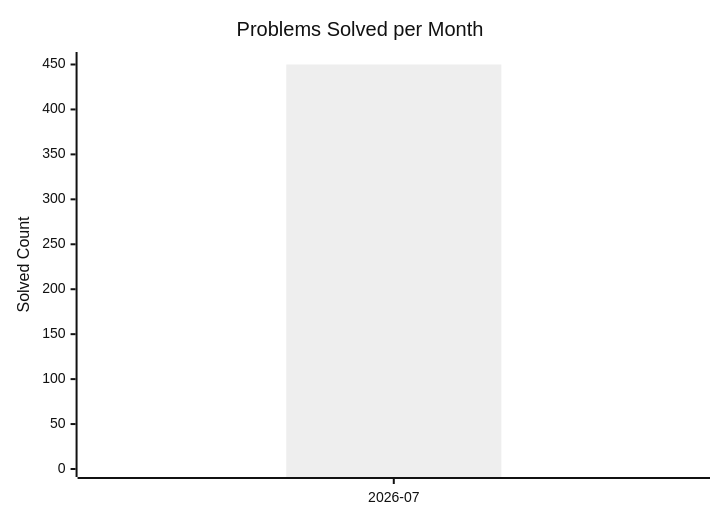
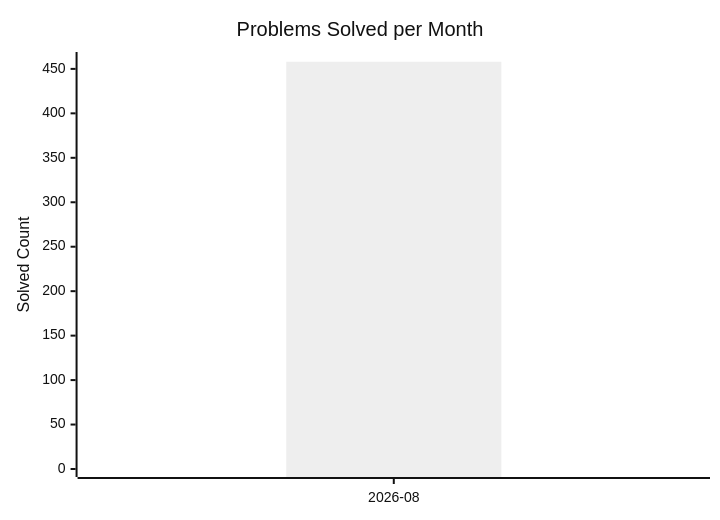
Before and after one commit to AdityaPandey-DEV/CP-Progress-Sync: the diagram in dashboard.md, drawn with Mermaid (neutral theme). The commit also changed other lines of this file, not shown here.

Commit message:
Auto-update CP dashboard [skip ci]

````diff
--- a/dashboard.md
+++ b/dashboard.md
@@ -8,8 +8,8 @@
 ```mermaid
 xychart-beta
     title "Problems Solved per Month"
-    x-axis ["2026-07"]
-    y-axis "Solved Count" 0 --> 455
-    bar [450]
-    line [450]
+    x-axis ["2026-08"]
+    y-axis "Solved Count" 0 --> 460
+    bar [458]
+    line [458]
 ```
````
